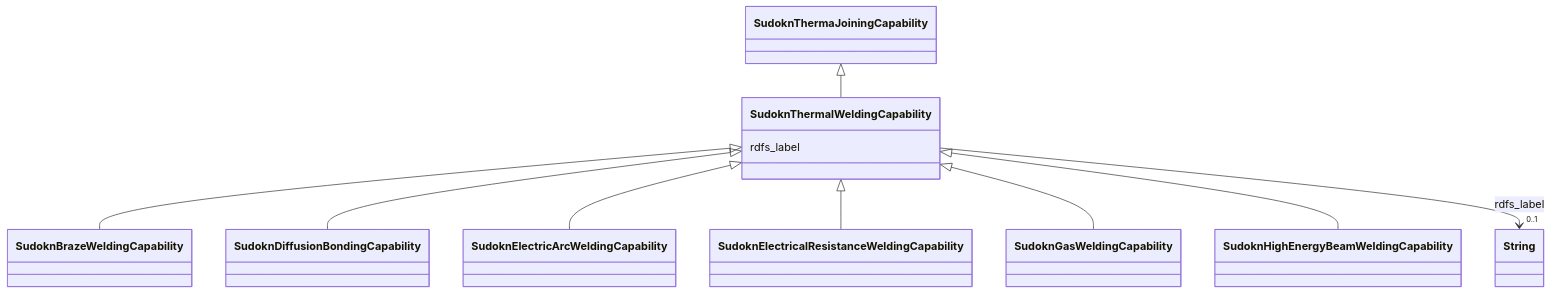
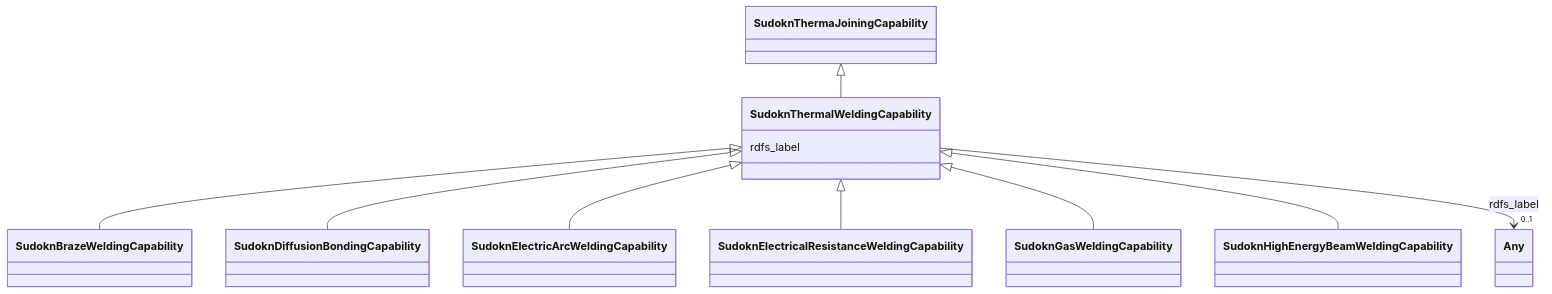
Before and after one commit to frink-okn/graph-descriptions: the diagram in sudokn-kg/classes/SudoknThermalWeldingCapability.md, drawn with Mermaid. The commit also changed other lines of this file and 903 other files, not shown here.

````diff
--- a/sudokn-kg/classes/SudoknThermalWeldingCapability.md
+++ b/sudokn-kg/classes/SudoknThermalWeldingCapability.md
@@ -23,33 +16,33 @@
 ```mermaid
  classDiagram
     class SudoknThermalWeldingCapability
     click SudoknThermalWeldingCapability href "../SudoknThermalWeldingCapability"
       SudoknThermaJoiningCapability <|-- SudoknThermalWeldingCapability
         click SudoknThermaJoiningCapability href "../SudoknThermaJoiningCapability"
       
 
       SudoknThermalWeldingCapability <|-- SudoknBrazeWeldingCapability
         click SudoknBrazeWeldingCapability href "../SudoknBrazeWeldingCapability"
       SudoknThermalWeldingCapability <|-- SudoknDiffusionBondingCapability
         click SudoknDiffusionBondingCapability href "../SudoknDiffusionBondingCapability"
       SudoknThermalWeldingCapability <|-- SudoknElectricArcWeldingCapability
         click SudoknElectricArcWeldingCapability href "../SudoknElectricArcWeldingCapability"
       SudoknThermalWeldingCapability <|-- SudoknElectricalResistanceWeldingCapability
         click SudoknElectricalResistanceWeldingCapability href "../SudoknElectricalResistanceWeldingCapability"
       SudoknThermalWeldingCapability <|-- SudoknGasWeldingCapability
         click SudoknGasWeldingCapability href "../SudoknGasWeldingCapability"
       SudoknThermalWeldingCapability <|-- SudoknHighEnergyBeamWeldingCapability
         click SudoknHighEnergyBeamWeldingCapability href "../SudoknHighEnergyBeamWeldingCapability"
       
       
       SudoknThermalWeldingCapability : rdfs_label
         
           
     
     
-    SudoknThermalWeldingCapability --> "0..1" String : rdfs_label
-    click String href "../String"
+    SudoknThermalWeldingCapability --> "0..1" Any : rdfs_label
+    click Any href "../Any"
 
         
       
 ```
````
